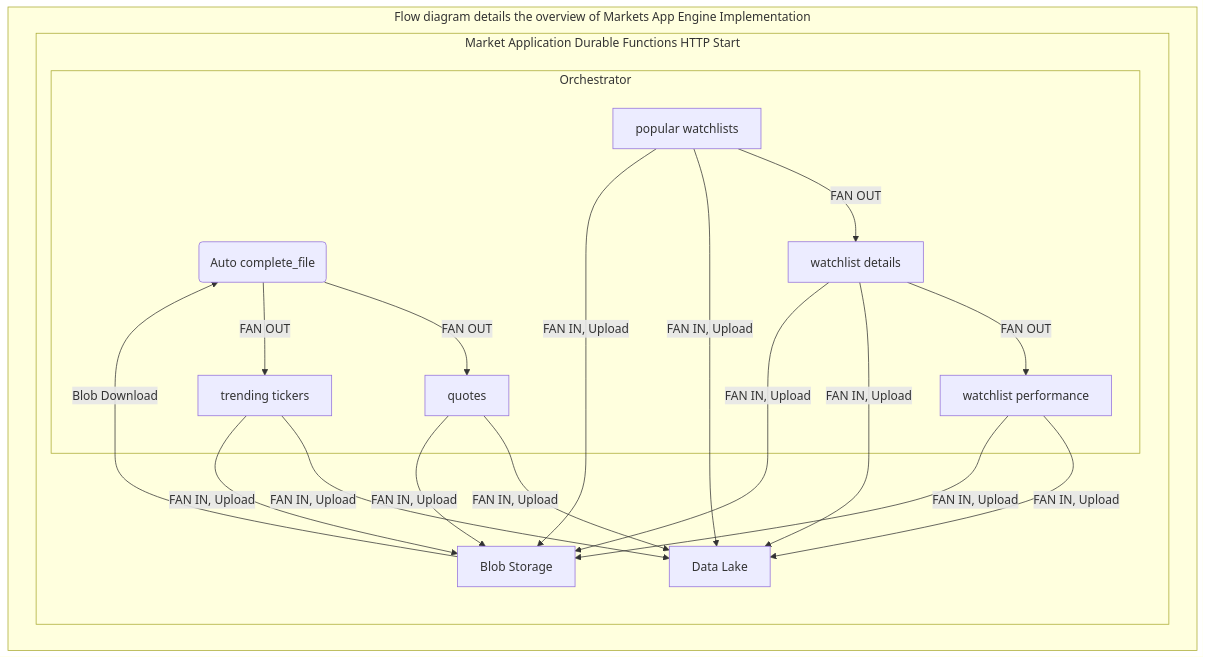
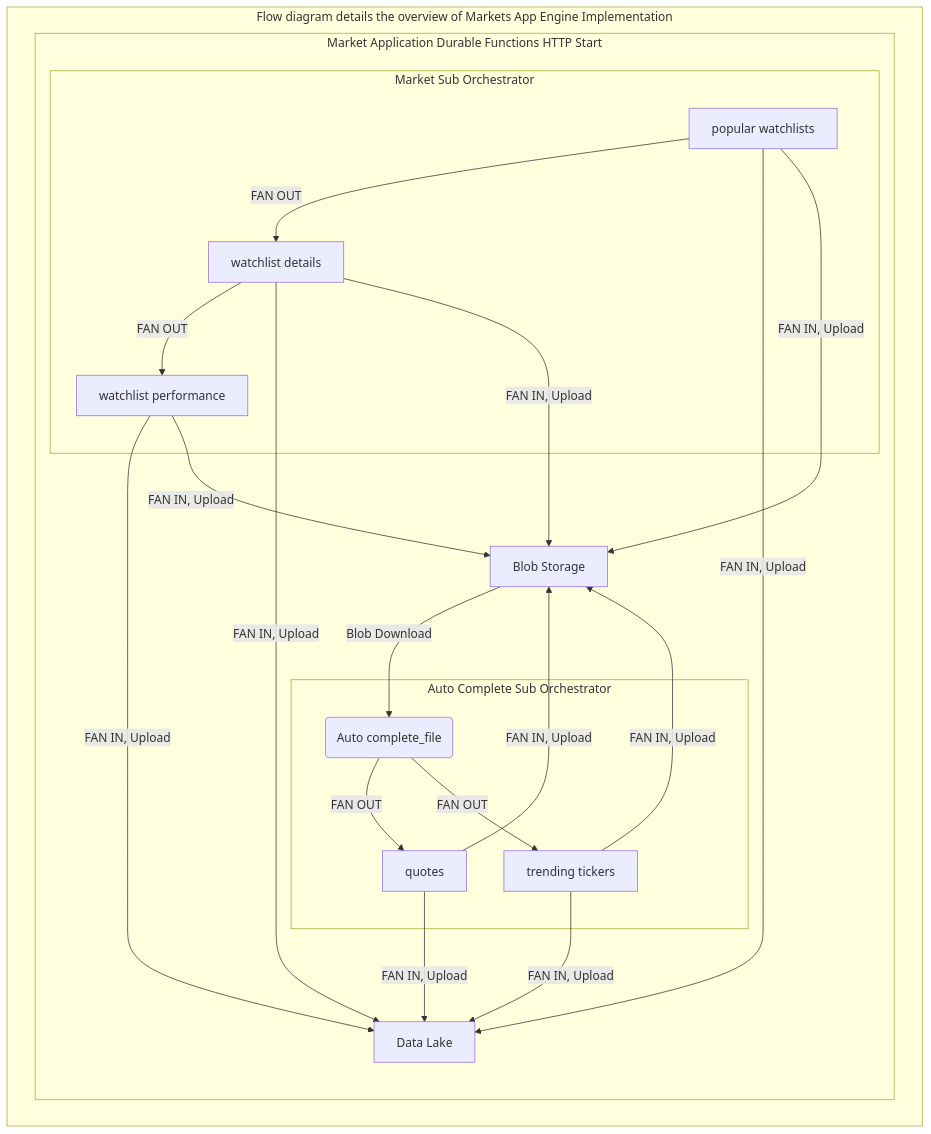
The diagram in README.md (Market-Finance/marketsApp), drawn with Mermaid before and after one commit.

Commit message:
changes to design

````diff
--- a/README.md
+++ b/README.md
@@ -187,38 +187,40 @@
 ```mermaid
     graph TD
     A(Auto complete_file)
     B[popular watchlists]
     C[quotes]
     D[trending tickers]
     E[watchlist details]
     F[watchlist performance]
     I[Data Lake]
     J[Blob Storage]
 
     subgraph Flow diagram details the overview of Markets App Engine Implementation
 
         J --Blob Download --> A
         subgraph Market Application Durable Functions HTTP Start
-            subgraph Orchestrator
+            subgraph Auto Complete Sub Orchestrator
                 A --FAN OUT --> C
                 A --FAN OUT --> D
-    
+                end
+            
+            subgraph Market Sub Orchestrator
                 B -- FAN OUT --> E 
                 E -- FAN OUT --> F
                 end
-            
+        
             C -- FAN IN, Upload --> I 
             D -- FAN IN, Upload --> I
             B -- FAN IN, Upload --> I
             E -- FAN IN, Upload --> I
             F -- FAN IN, Upload --> I
 
             C -- FAN IN, Upload --> J
             D -- FAN IN, Upload --> J
             B -- FAN IN, Upload --> J
             E -- FAN IN, Upload --> J
             F -- FAN IN, Upload --> J
             end
         end
 
 ```
````
